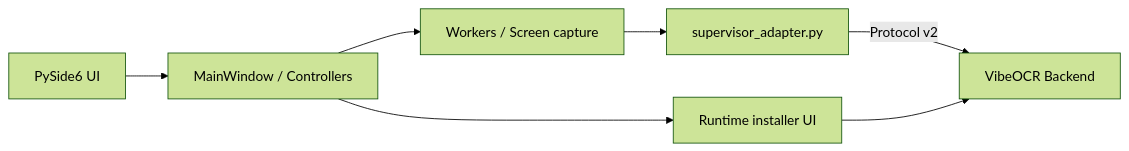
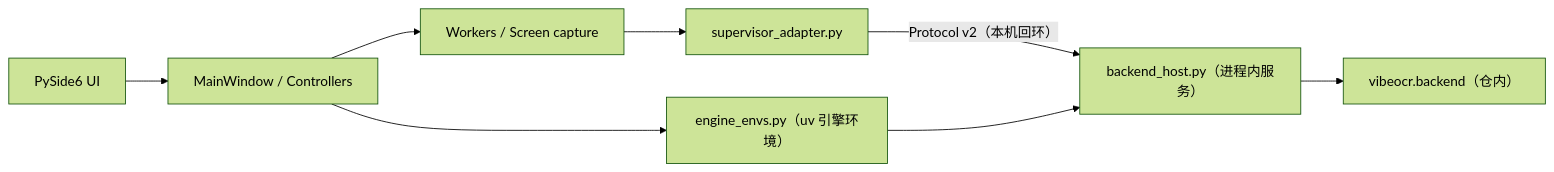
One commit to FelixJI/vibeocr-classic changed the diagram in README.md. Above: the diagram before and after it, drawn with Mermaid (forest theme). The commit also changed other lines of this file and 442 other files, not shown here.

````diff
--- a/README.md
+++ b/README.md
@@ -96,9 +97,10 @@
 ```mermaid
 flowchart LR
     User["PySide6 UI"] --> Window["MainWindow / Controllers"]
     Window --> Worker["Workers / Screen capture"]
     Worker --> Adapter["supervisor_adapter.py"]
-    Adapter -->|"Protocol v2"| Backend["VibeOCR Backend"]
-    Window --> Installer["Runtime installer UI"]
-    Installer --> Backend
+    Adapter -->|"Protocol v2（本机回环）"| Host["backend_host.py（进程内服务）"]
+    Host --> Backend["vibeocr.backend（仓内）"]
+    Window --> Envs["engine_envs.py（uv 引擎环境）"]
+    Envs --> Host
 ```
````
